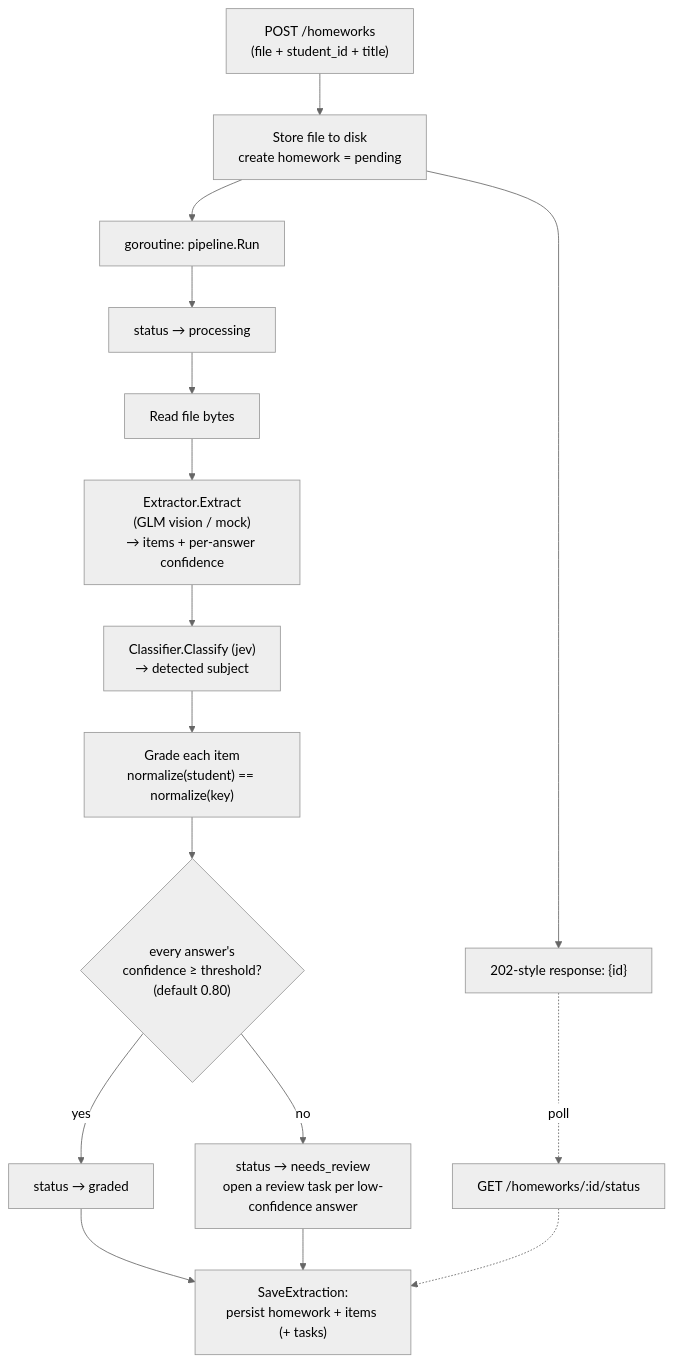
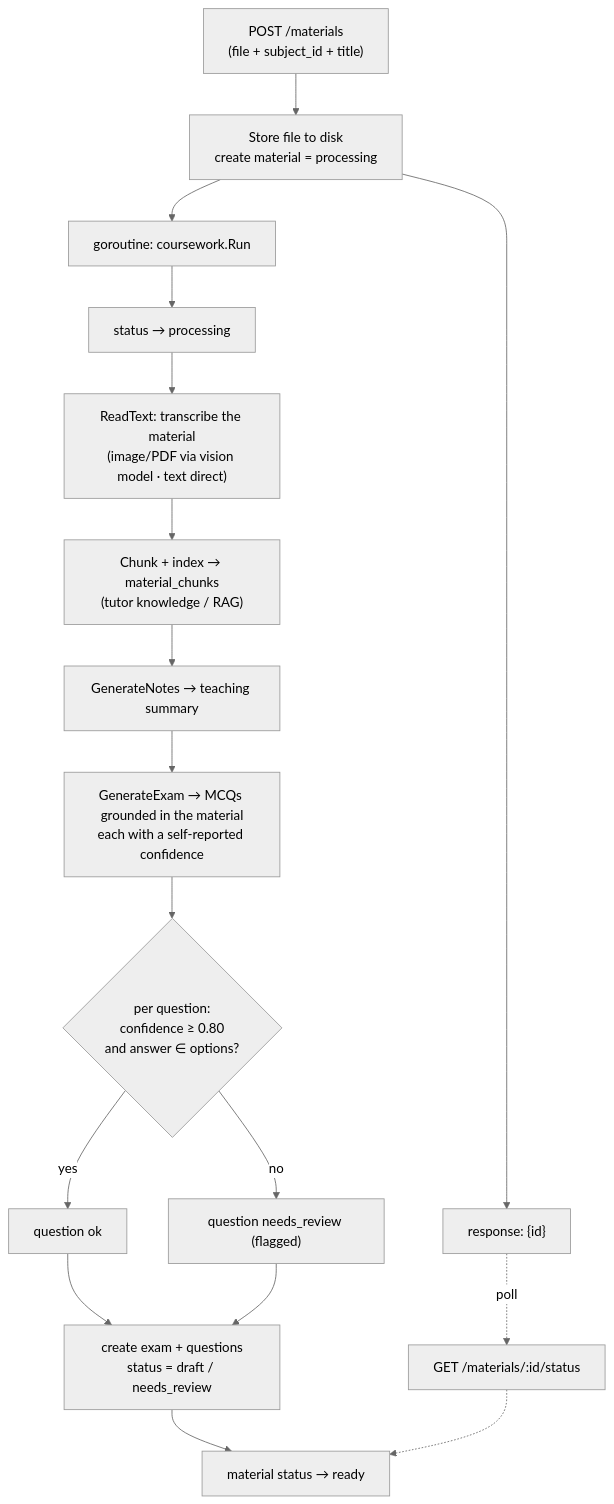
Before and after one commit to akbarharyadi/homework-studio: the third of 8 diagrams in docs/TECHNICAL.md, drawn with Mermaid (neutral theme). The commit also changed other lines of this file and 22 other files, not shown here.

First line of the commit message:
Rewrite the manual + technical doc for the material → exam model

````diff
--- a/docs/TECHNICAL.md
+++ b/docs/TECHNICAL.md
@@ -153,20 +152,21 @@
 ```mermaid
 flowchart TD
-    UP["POST /homeworks<br/>(file + student_id + title)"] --> SAVE["Store file to disk<br/>create homework = pending"]
-    SAVE --> RESP["202-style response: {id}"]
-    SAVE --> GO["goroutine: pipeline.Run"]
+    UP["POST /materials<br/>(file + subject_id + title)"] --> SAVE["Store file to disk<br/>create material = processing"]
+    SAVE --> RESP["response: {id}"]
+    SAVE --> GO["goroutine: coursework.Run"]
 
     GO --> P1["status → processing"]
-    P1 --> P2["Read file bytes"]
-    P2 --> P3["Extractor.Extract<br/>(GLM vision / mock)<br/>→ items + per-answer confidence"]
-    P3 --> P4["Classifier.Classify (jev)<br/>→ detected subject"]
-    P4 --> P5["Grade each item<br/>normalize(student) == normalize(key)"]
-    P5 --> GATE{"every answer's<br/>confidence ≥ threshold?<br/>(default 0.80)"}
-    GATE -->|yes| G1["status → graded"]
-    GATE -->|no| G2["status → needs_review<br/>open a review task per low-confidence answer"]
-    G1 --> SAVEX["SaveExtraction:<br/>persist homework + items (+ tasks)"]
-    G2 --> SAVEX
+    P1 --> P2["ReadText: transcribe the material<br/>(image/PDF via vision model · text direct)"]
+    P2 --> P3["Chunk + index → material_chunks<br/>(tutor knowledge / RAG)"]
+    P3 --> P4["GenerateNotes → teaching summary"]
+    P4 --> P5["GenerateExam → MCQs grounded in the material<br/>each with a self-reported confidence"]
+    P5 --> GATE{"per question:<br/>confidence ≥ 0.80<br/>and answer ∈ options?"}
+    GATE -->|yes| G1["question ok"]
+    GATE -->|no| G2["question needs_review (flagged)"]
+    G1 --> EX["create exam + questions<br/>status = draft / needs_review"]
+    G2 --> EX
+    EX --> RDY["material status → ready"]
 
-    RESP -.->|poll| STPOLL["GET /homeworks/:id/status"]
-    STPOLL -.-> SAVEX
+    RESP -.->|poll| STPOLL["GET /materials/:id/status"]
+    STPOLL -.-> RDY
 ```
````
